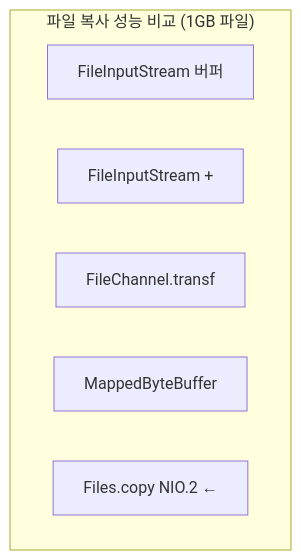
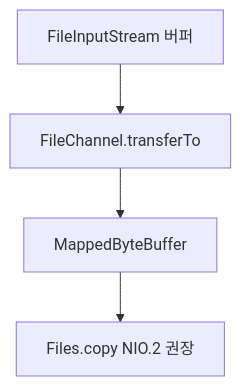
Before and after one commit to yjkim2015/yjkim2015.github.io: the tenth of 11 diagrams in _posts/java/2026-05-01-java-io.md, drawn with Mermaid. The commit also changed other lines of this file and 155 other files, not shown here.

First line of the commit message:
Mermaid 전면 수정: subgraph 제거, participant/노드/줄수 축소 (342블록)

````diff
--- a/_posts/java/2026-05-01-java-io.md
+++ b/_posts/java/2026-05-01-java-io.md
@@ -793,10 +785,6 @@
 ```mermaid
 graph TD
-    subgraph "파일 복사 성능 비교 (1GB 파일)"
-        M1["FileInputStream 버퍼"]
-        M2["FileInputStream +"]
-        M3["FileChannel.transf"]
-        M4["MappedByteBuffer<b"]
-        M5["Files.copy NIO.2 ←"]
-    end
+    M1["FileInputStream 버퍼"] --> M2["FileChannel.transferTo"]
+    M2 --> M3["MappedByteBuffer"]
+    M3 --> M4["Files.copy NIO.2 권장"]
 ```
````
